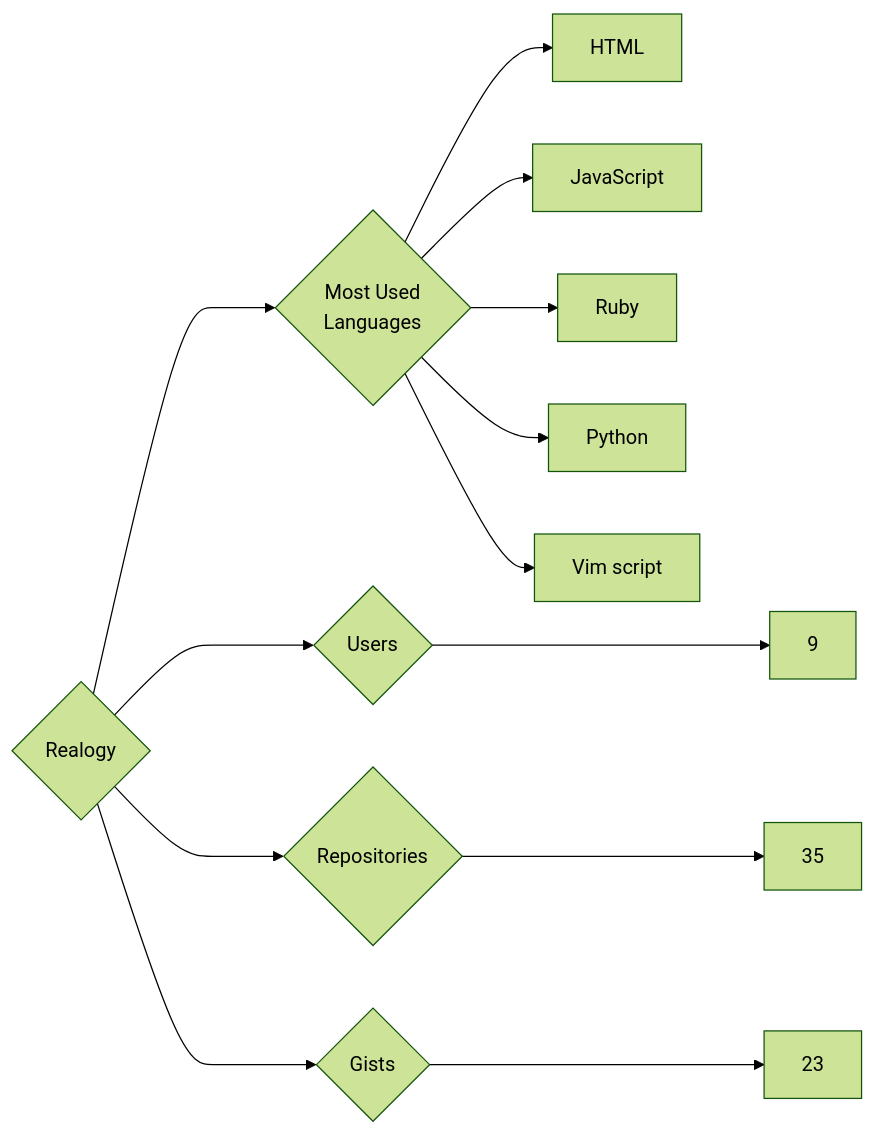
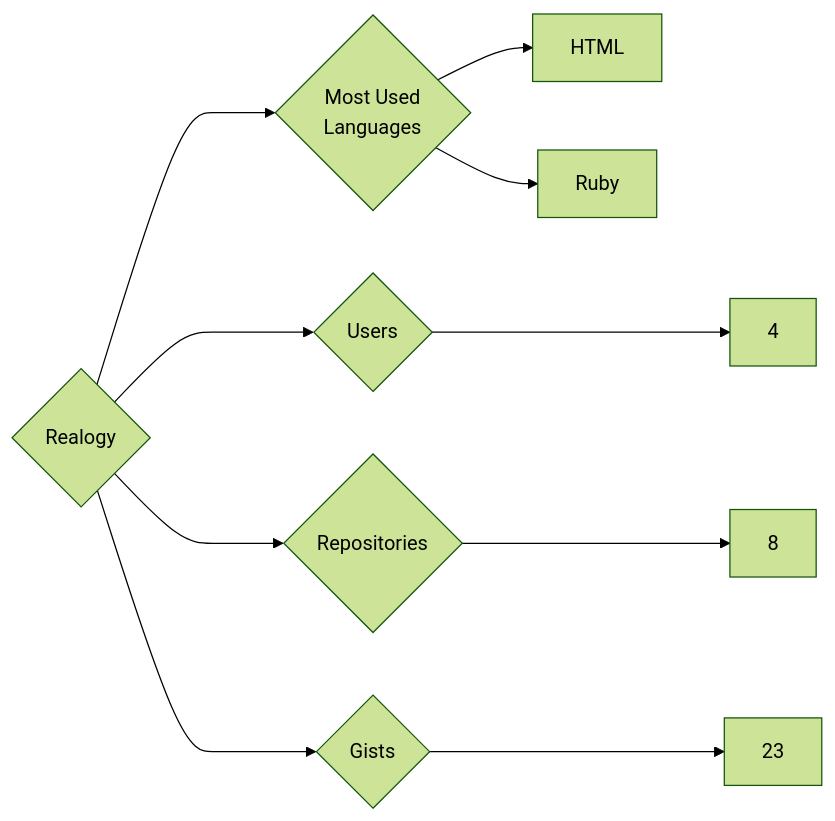
The diagram in targets/Realogy/README.md (trickest/insiders), drawn with Mermaid (forest theme) before and after one commit. The commit also changed 969 other files, not shown here.

````diff
--- a/targets/Realogy/README.md
+++ b/targets/Realogy/README.md
@@ -3,13 +3,10 @@
 ```mermaid
 graph LR
 COMPANY_NAME{Realogy}
-COMPANY_NAME ---> U{Users} ---> UN[9]
-COMPANY_NAME ---> R{Repositories} ---> RN[35]
+COMPANY_NAME ---> U{Users} ---> UN[4]
+COMPANY_NAME ---> R{Repositories} ---> RN[8]
 COMPANY_NAME ---> G{Gists} ---> GN[23]
 COMPANY_NAME ---> ML{Most Used<br>Languages}
 ML --> HTML[HTML]
-ML --> JavaScript[JavaScript]
 ML --> Ruby[Ruby]
-ML --> Python[Python]
-ML --> Vim_script[Vim script]
 ```
````
